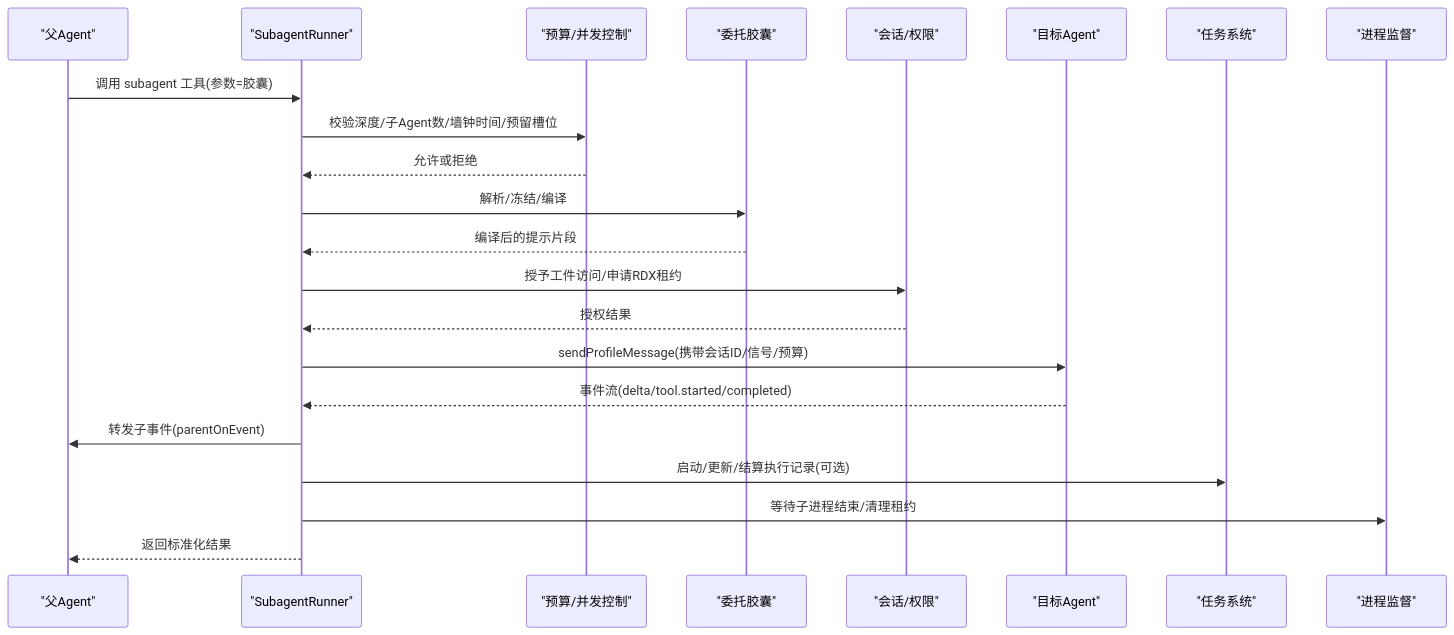
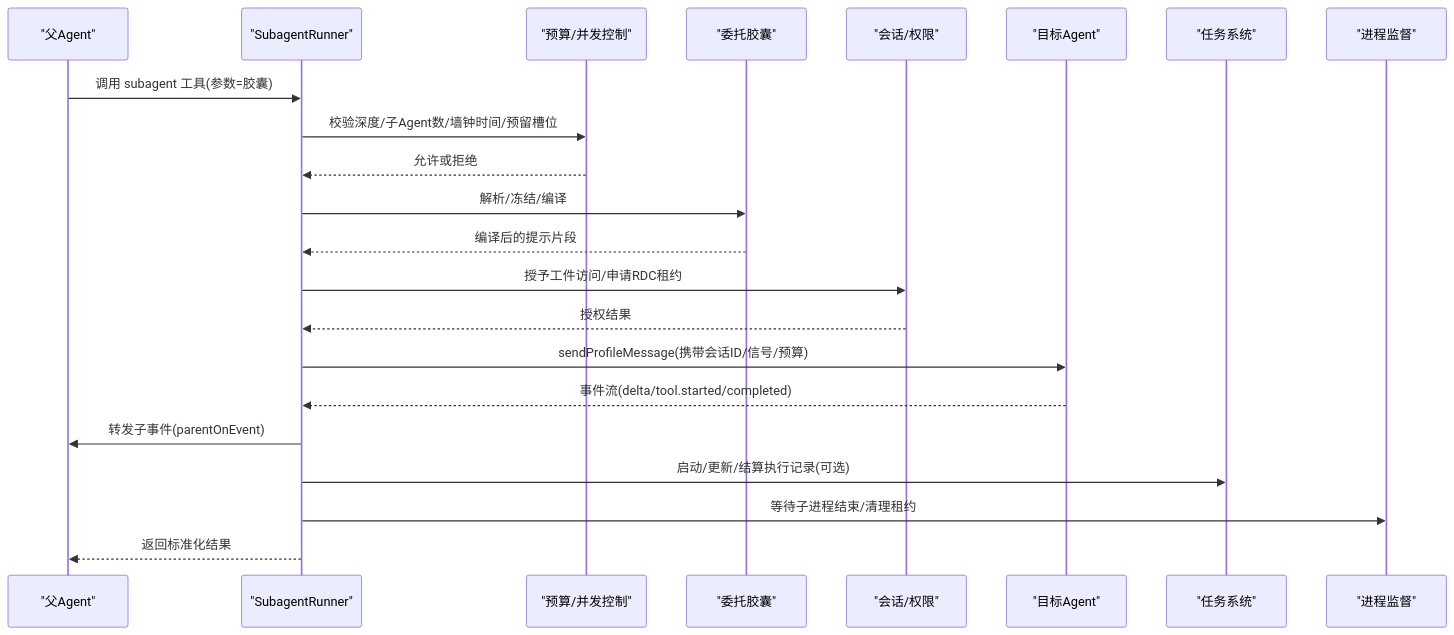
One commit to haolange/RDC-Agent changed the second of 5 diagrams in .qoder/repowiki/zh/content/架构设计/核心组件设计/Agent编排器设计/子Agent协调机制.md. Above: the diagram before and after it, drawn with Mermaid. The commit also changed other lines of this file and 557 other files, not shown here.

````diff
--- a/.qoder/repowiki/zh/content/架构设计/核心组件设计/Agent编排器设计/子Agent协调机制.md
+++ b/.qoder/repowiki/zh/content/架构设计/核心组件设计/Agent编排器设计/子Agent协调机制.md
@@ -83,24 +83,24 @@
 ```mermaid
 sequenceDiagram
 participant Parent as "父Agent"
 participant Runner as "SubagentRunner"
 participant Budget as "预算/并发控制"
 participant Capsule as "委托胶囊"
 participant Session as "会话/权限"
 participant Target as "目标Agent"
 participant Task as "任务系统"
 participant Proc as "进程监督"
 Parent->>Runner : 调用 subagent 工具(参数=胶囊)
 Runner->>Budget : 校验深度/子Agent数/墙钟时间/预留槽位
 Budget-->>Runner : 允许或拒绝
 Runner->>Capsule : 解析/冻结/编译
 Capsule-->>Runner : 编译后的提示片段
-Runner->>Session : 授予工件访问/申请RDX租约
+Runner->>Session : 授予工件访问/申请RDC租约
 Session-->>Runner : 授权结果
 Runner->>Target : sendProfileMessage(携带会话ID/信号/预算)
 Target-->>Runner : 事件流(delta/tool.started/completed)
 Runner->>Parent : 转发子事件(parentOnEvent)
 Runner->>Task : 启动/更新/结算执行记录(可选)
 Runner->>Proc : 等待子进程结束/清理租约
 Runner-->>Parent : 返回标准化结果
 ```
````
